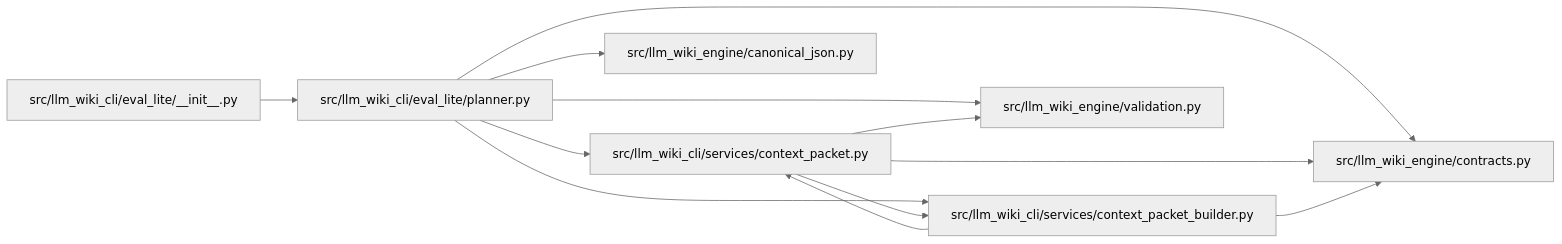
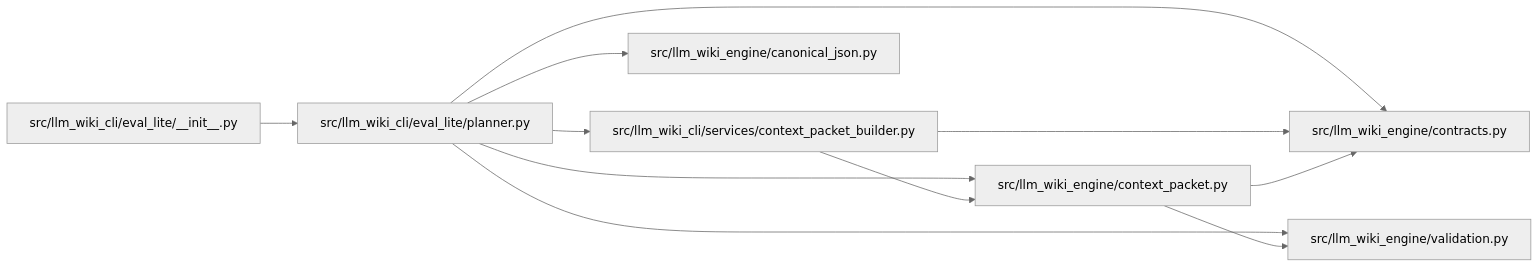
Before and after one commit to Denissvgn/python-wiki-llm: the diagram in docs/llm_wiki/modules/planner.md, drawn with Mermaid (neutral theme). The commit also changed other lines of this file and 577 other files, not shown here.

Commit message:
docs: refresh the wiki for the engine context packet

````diff
--- a/docs/llm_wiki/modules/planner.md
+++ b/docs/llm_wiki/modules/planner.md
@@ -37,28 +37,27 @@
 ```mermaid
 flowchart LR
     n0["src/llm_wiki_cli/eval_lite/__init__.py"]
     n1["src/llm_wiki_cli/eval_lite/planner.py"]
-    n2["src/llm_wiki_cli/services/context_packet.py"]
-    n3["src/llm_wiki_cli/services/context_packet_builder.py"]
-    n4["src/llm_wiki_engine/canonical_json.py"]
+    n2["src/llm_wiki_cli/services/context_packet_builder.py"]
+    n3["src/llm_wiki_engine/canonical_json.py"]
+    n4["src/llm_wiki_engine/context_packet.py"]
     n5["src/llm_wiki_engine/contracts.py"]
     n6["src/llm_wiki_engine/validation.py"]
     n0 --> n1
     n1 --> n2
     n1 --> n3
     n1 --> n4
     n1 --> n5
     n1 --> n6
-    n2 --> n3
+    n2 --> n4
     n2 --> n5
-    n2 --> n6
-    n3 --> n2
-    n3 --> n5
+    n4 --> n5
+    n4 --> n6
     click n0 "../modules/eval_lite___init__.md"
     click n1 "../modules/planner.md"
-    click n2 "../modules/context_packet.md"
-    click n3 "../modules/context_packet_builder.md"
-    click n4 "../modules/canonical_json.md"
+    click n2 "../modules/context_packet_builder.md"
+    click n3 "../modules/canonical_json.md"
+    click n4 "../modules/context_packet.md"
     click n5 "../modules/llm_wiki_engine_contracts.md"
     click n6 "../modules/validation.md"
 ```
````
